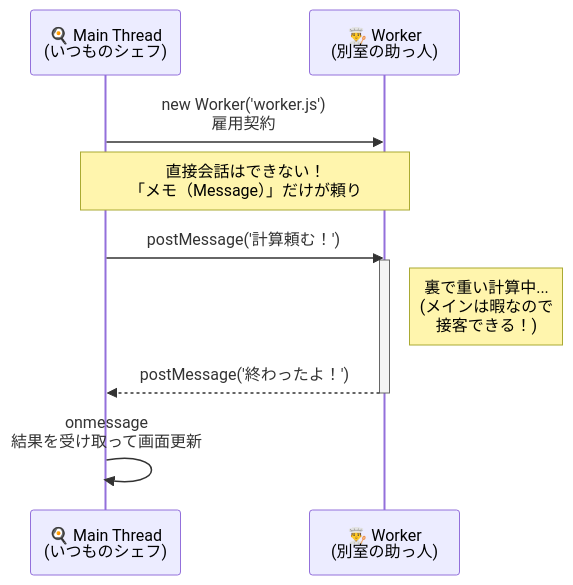
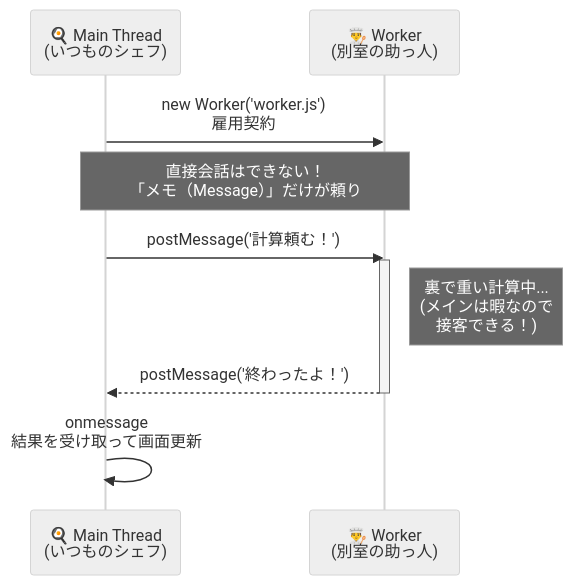
Before and after one commit to komiyamma/site_ichika_study_async_await_fetch: the diagram in D14.md, drawn with Mermaid. The commit also changed 1 other file, not shown here.

Commit message:
docs: D14.mdとD15.mdの学習内容を更新

````diff
--- a/D14.md
+++ b/D14.md
@@ -41,18 +41,19 @@
 ```mermaid
 sequenceDiagram
+    %%{init: {'theme': 'neutral'} }%%
     participant Main as 🍳 Main Thread<br>(いつものシェフ)
     participant Worker as 👨‍🍳 Worker<br>(別室の助っ人)
 
     Main->>Worker: new Worker('worker.js')<br>雇用契約
     
     Note over Main, Worker: 直接会話はできない！<br>「メモ（Message）」だけが頼り
     
     Main->>Worker: postMessage('計算頼む！')
     
     activate Worker
     Note right of Worker: 裏で重い計算中...<br>(メインは暇なので<br>接客できる！)
     Worker-->>Main: postMessage('終わったよ！')
     deactivate Worker
     
     Main->>Main: onmessage<br>結果を受け取って画面更新
 ```
````
